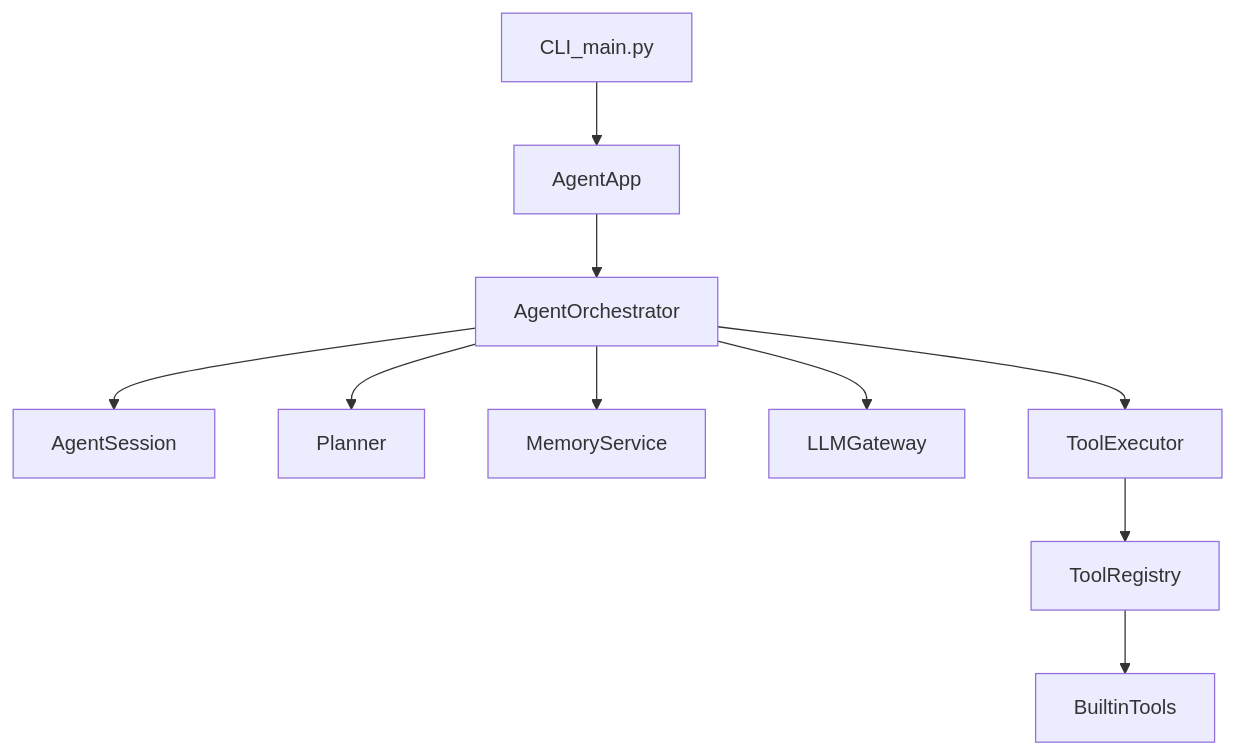
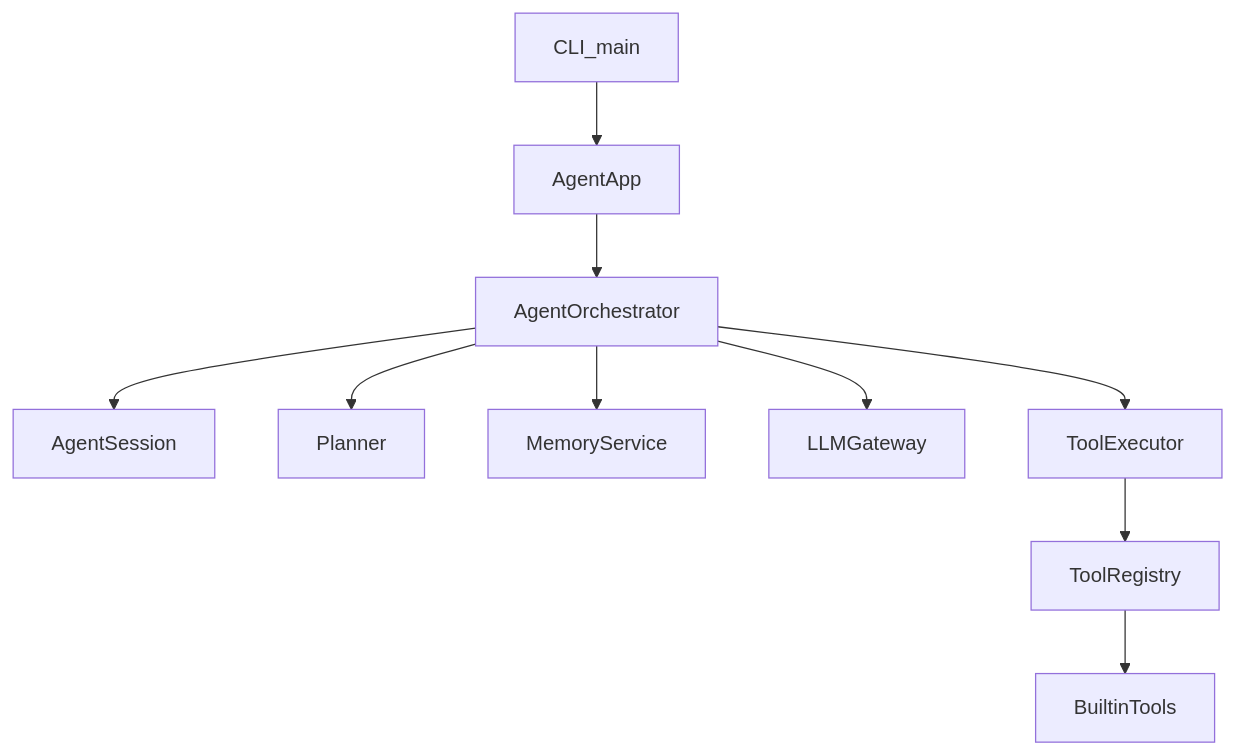
One commit to breakman99/Jarvis changed the first of 2 diagrams in docs/ARCHITECTURE.md. Above: the diagram before and after it, drawn with Mermaid. The commit also changed other lines of this file and 21 other files, not shown here.

````diff
--- a/docs/ARCHITECTURE.md
+++ b/docs/ARCHITECTURE.md
@@ -20,12 +18,12 @@
 ```mermaid
 flowchart TD
-    cli[CLI_main.py] --> app[AgentApp]
+    cli[CLI_main] --> app[AgentApp]
     app --> orchestrator[AgentOrchestrator]
     orchestrator --> session[AgentSession]
     orchestrator --> planner[Planner]
     orchestrator --> memory[MemoryService]
     orchestrator --> llm[LLMGateway]
     orchestrator --> executor[ToolExecutor]
     executor --> registry[ToolRegistry]
     registry --> builtin[BuiltinTools]
 ```
````
